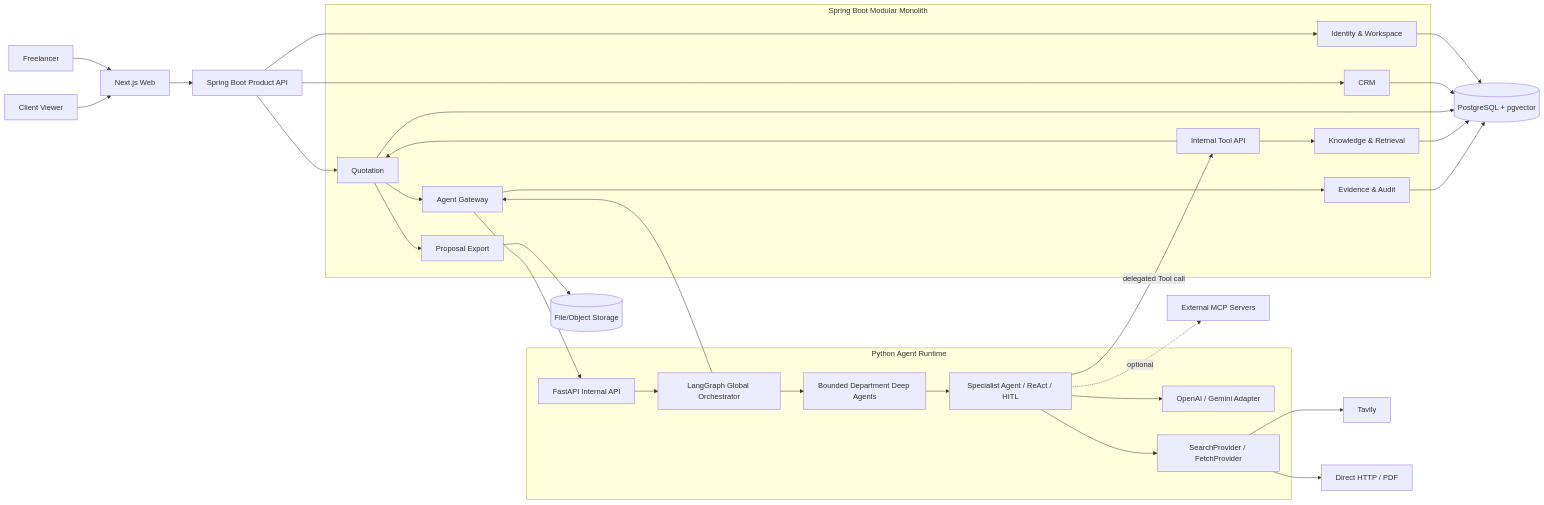
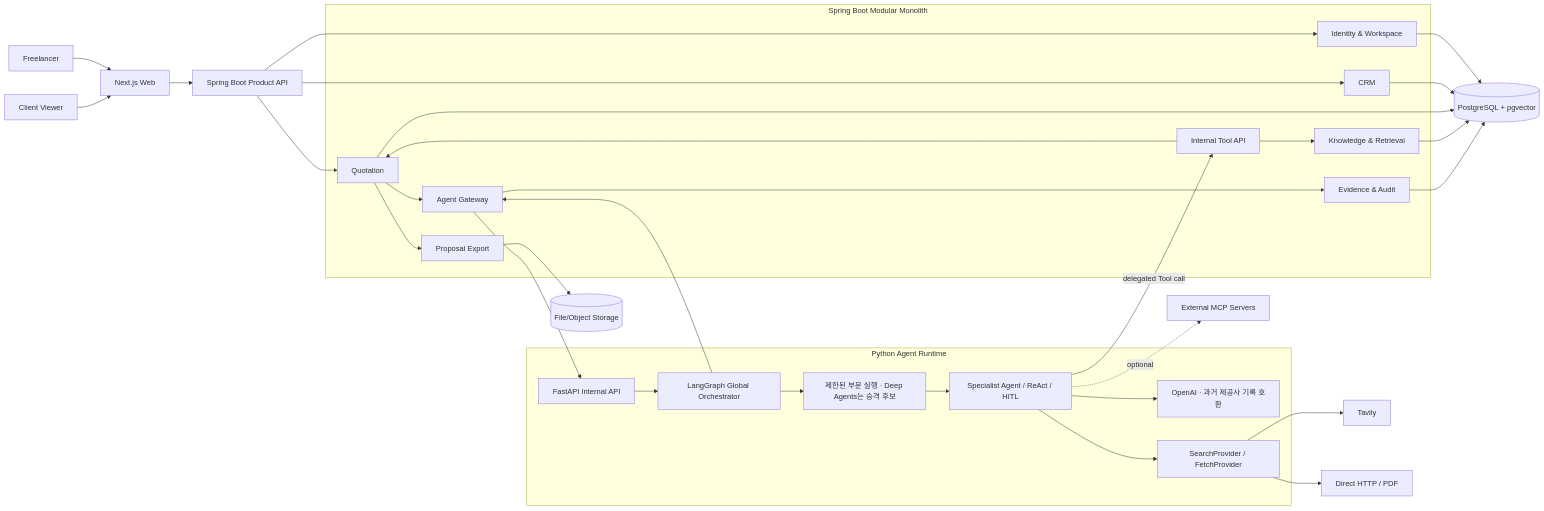
Before and after one commit to jomkeu3369/Freelance-Ops-Agent: the first of 4 diagrams in docs/V2_SPECIFICATION.md, drawn with Mermaid. The commit also changed other lines of this file and 96 other files, not shown here.

````diff
--- a/docs/V2_SPECIFICATION.md
+++ b/docs/V2_SPECIFICATION.md
@@ -270,53 +289,53 @@
 ```mermaid
 flowchart LR
     U["Freelancer"] --> FE["Next.js Web"]
     C["Client Viewer"] --> FE
     FE --> API["Spring Boot Product API"]
 
     subgraph APP["Spring Boot Modular Monolith"]
         ID["Identity & Workspace"]
         CRM["CRM"]
         QUOTE["Quotation"]
         GATE["Agent Gateway"]
         TOOLS["Internal Tool API"]
         KNOW["Knowledge & Retrieval"]
         EVID["Evidence & Audit"]
         EXPORT["Proposal Export"]
     end
 
     subgraph AIR["Python Agent Runtime"]
         FAST["FastAPI Internal API"]
         GRAPH["LangGraph Global Orchestrator"]
-        DEPT["Bounded Department Deep Agents"]
+        DEPT["제한된 부문 실행 · Deep Agents는 승격 후보"]
         SPEC["Specialist Agent / ReAct / HITL"]
-        MODEL["OpenAI / Gemini Adapter"]
+        MODEL["OpenAI · 과거 제공사 기록 호환"]
         WEB["SearchProvider / FetchProvider"]
     end
 
     API --> ID
     API --> CRM
     API --> QUOTE
     QUOTE --> GATE
     GATE --> FAST
     FAST --> GRAPH
     GRAPH --> DEPT
     DEPT --> SPEC
     SPEC --> MODEL
     SPEC --> WEB
     SPEC -->|"delegated Tool call"| TOOLS
     TOOLS --> KNOW
     TOOLS --> QUOTE
     GRAPH --> GATE
     GATE --> EVID
     QUOTE --> EXPORT
 
     ID --> PG[("PostgreSQL + pgvector")]
     CRM --> PG
     QUOTE --> PG
     KNOW --> PG
     EVID --> PG
     EXPORT --> FS[("File/Object Storage")]
     WEB --> TAVILY["Tavily"]
     WEB --> FETCH["Direct HTTP / PDF"]
     SPEC -. optional .-> MCP["External MCP Servers"]
 ```
````
